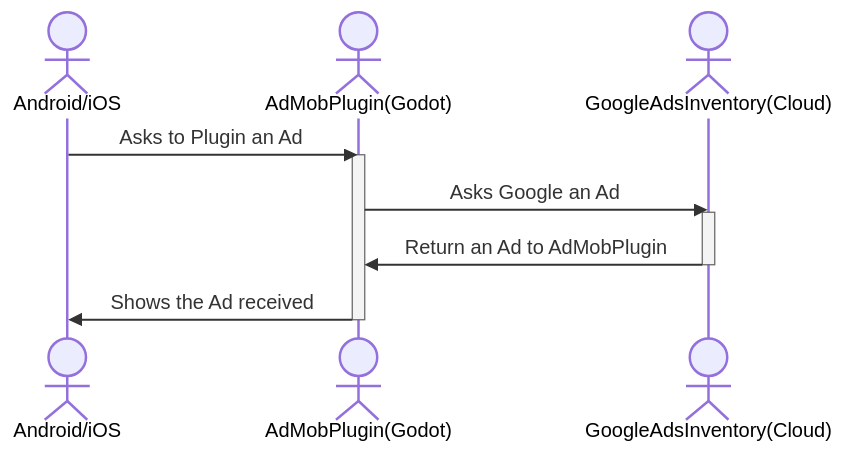
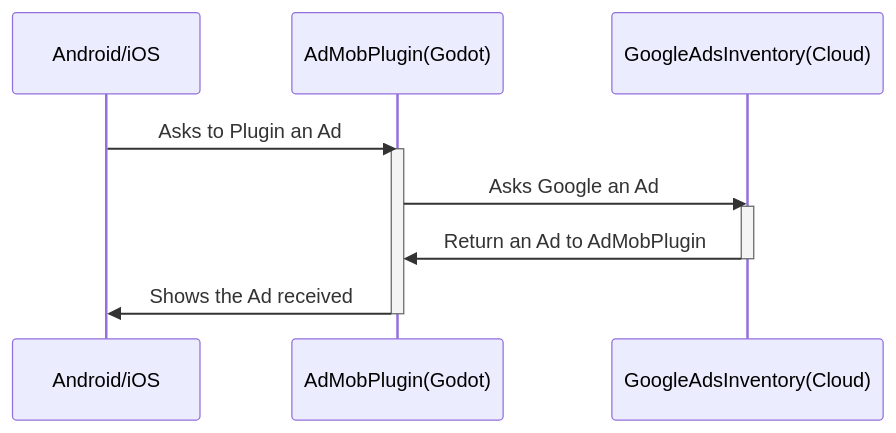
Before and after one commit to poingstudios/godot-admob-plugin: the diagram in docs/architecture/README.md, drawn with Mermaid. The commit also changed other lines of this file and 1 other file, not shown here.

Commit message:
docs: add class-diagrams

````diff
--- a/docs/architecture/README.md
+++ b/docs/architecture/README.md
@@ -12,16 +12,16 @@
 ```mermaid
 sequenceDiagram
-    actor Android/iOS
-    actor AdMobPlugin(Godot)
-    actor GoogleAdsInventory(Cloud)
+    participant Android/iOS
+    participant AdMobPlugin(Godot)
+    participant GoogleAdsInventory(Cloud)
     
     
     Android/iOS->>AdMobPlugin(Godot) : Asks to Plugin an Ad
     activate AdMobPlugin(Godot)
     AdMobPlugin(Godot)->>GoogleAdsInventory(Cloud) : Asks Google an Ad
     activate GoogleAdsInventory(Cloud)
     GoogleAdsInventory(Cloud)->>AdMobPlugin(Godot) : Return an Ad to AdMobPlugin
     deactivate GoogleAdsInventory(Cloud)
     AdMobPlugin(Godot)->> Android/iOS : Shows the Ad received
     deactivate AdMobPlugin(Godot)
 ```
````
